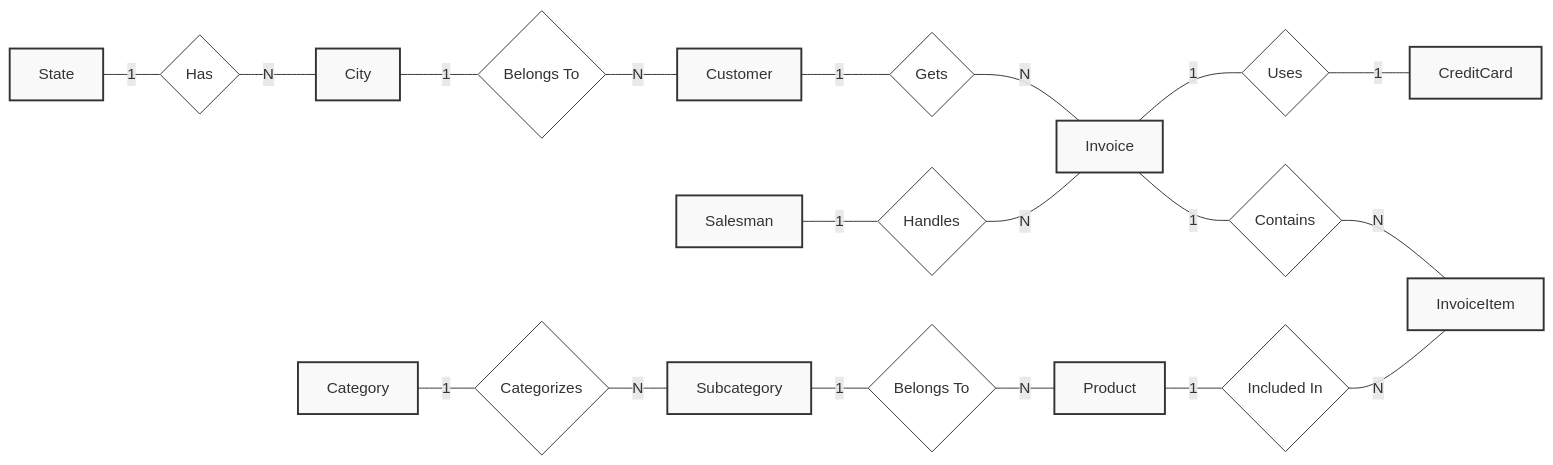
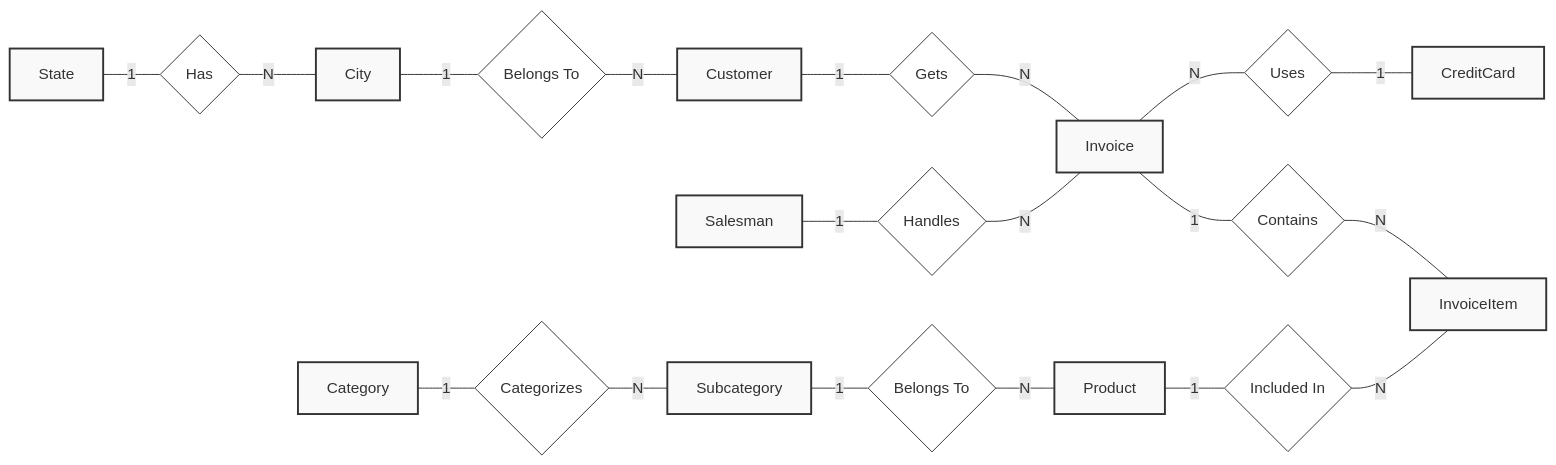
The diagram in SCHEMA-REFERENCE.md (tjovic/database-design-labs-public), drawn with Mermaid before and after one commit.

````diff
--- a/SCHEMA-REFERENCE.md
+++ b/SCHEMA-REFERENCE.md
@@ -16,40 +16,40 @@
 ```mermaid
 graph LR
     %% Definition of styles for entities (rectangles) and relationships (diamonds)
     classDef entity fill:#f9f9f9,stroke:#333,stroke-width:2px;
     classDef rel fill:#fff,stroke:#333,stroke-width:1px;
 
     %% Entities
     State:::entity
     City:::entity
     Customer:::entity
     Invoice:::entity
     Salesman:::entity
     CreditCard:::entity
     InvoiceItem:::entity
     Product:::entity
     Subcategory:::entity
     Category:::entity
 
     %% Relationships as diamonds { }
     r1{Has}:::rel
     r2{Belongs To}:::rel
     r3{Gets}:::rel
     r4{Handles}:::rel
     r5{Uses}:::rel
     r6{Contains}:::rel
     r7{Included In}:::rel
     r8{Belongs To}:::rel
     r9{Categorizes}:::rel
 
     %% Flow and cardinalities (defined on both sides)
     State ---|1| r1 ---|N| City
     City ---|1| r2 ---|N| Customer
     Customer ---|1| r3 ---|N| Invoice
     Salesman ---|1| r4 ---|N| Invoice
-    Invoice ---|1| r5 ---|1| CreditCard
+    Invoice ---|N| r5 ---|1| CreditCard
     Invoice ---|1| r6 ---|N| InvoiceItem
     Product ---|1| r7 ---|N| InvoiceItem
     Subcategory ---|1| r8 ---|N| Product
     Category ---|1| r9 ---|N| Subcategory
 ```
````
